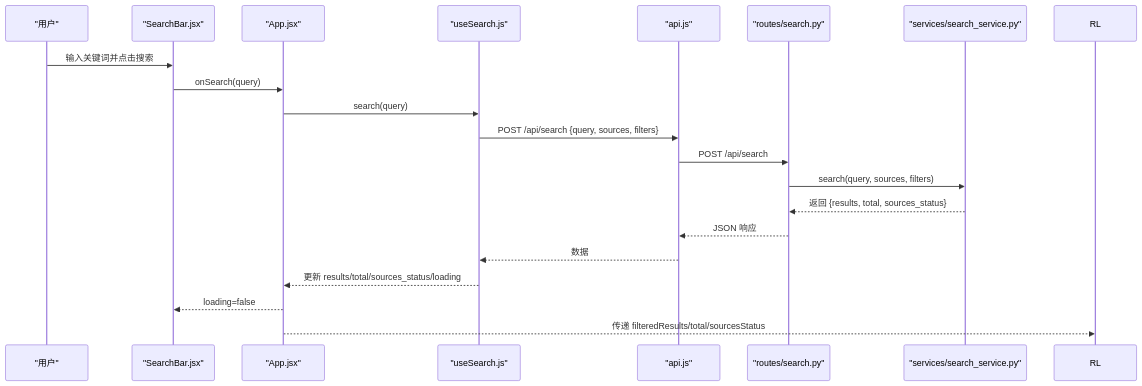
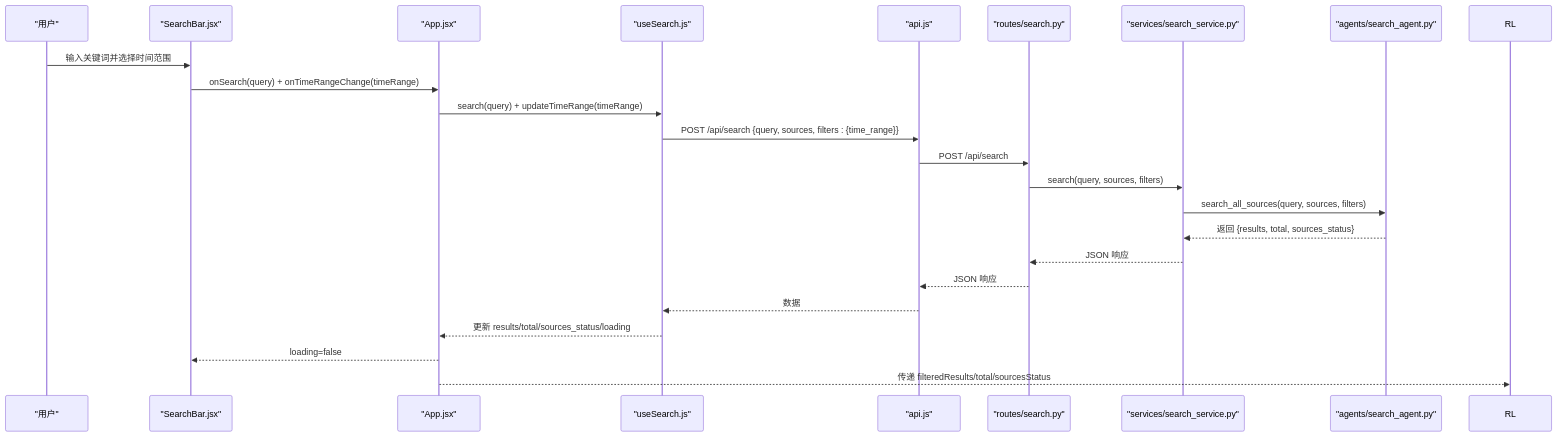
Before and after one commit to wangdy21/search_is_all_you_need: the second of 3 diagrams in .qoder/repowiki/zh/content/系统架构设计/前端架构设计/组件架构设计/搜索相关组件.md, drawn with Mermaid. The commit also changed other lines of this file and 11 other files, not shown here.

````diff
--- a/.qoder/repowiki/zh/content/系统架构设计/前端架构设计/组件架构设计/搜索相关组件.md
+++ b/.qoder/repowiki/zh/content/系统架构设计/前端架构设计/组件架构设计/搜索相关组件.md
@@ -121,22 +132,25 @@
 ```mermaid
 sequenceDiagram
 participant U as "用户"
 participant SB as "SearchBar.jsx"
 participant APP as "App.jsx"
 participant US as "useSearch.js"
 participant API as "api.js"
 participant SR as "routes/search.py"
 participant SS as "services/search_service.py"
-U->>SB : 输入关键词并点击搜索
-SB->>APP : onSearch(query)
-APP->>US : search(query)
-US->>API : POST /api/search {query, sources, filters}
+participant SA as "agents/search_agent.py"
+U->>SB : 输入关键词并选择时间范围
+SB->>APP : onSearch(query) + onTimeRangeChange(timeRange)
+APP->>US : search(query) + updateTimeRange(timeRange)
+US->>API : POST /api/search {query, sources, filters : {time_range}}
 API->>SR : POST /api/search
 SR->>SS : search(query, sources, filters)
-SS-->>SR : 返回 {results, total, sources_status}
+SS->>SA : search_all_sources(query, sources, filters)
+SA-->>SS : 返回 {results, total, sources_status}
+SS-->>SR : JSON 响应
 SR-->>API : JSON 响应
 API-->>US : 数据
 US-->>APP : 更新 results/total/sources_status/loading
 APP-->>SB : loading=false
 APP-->>RL : 传递 filteredResults/total/sourcesStatus
 ```
````
